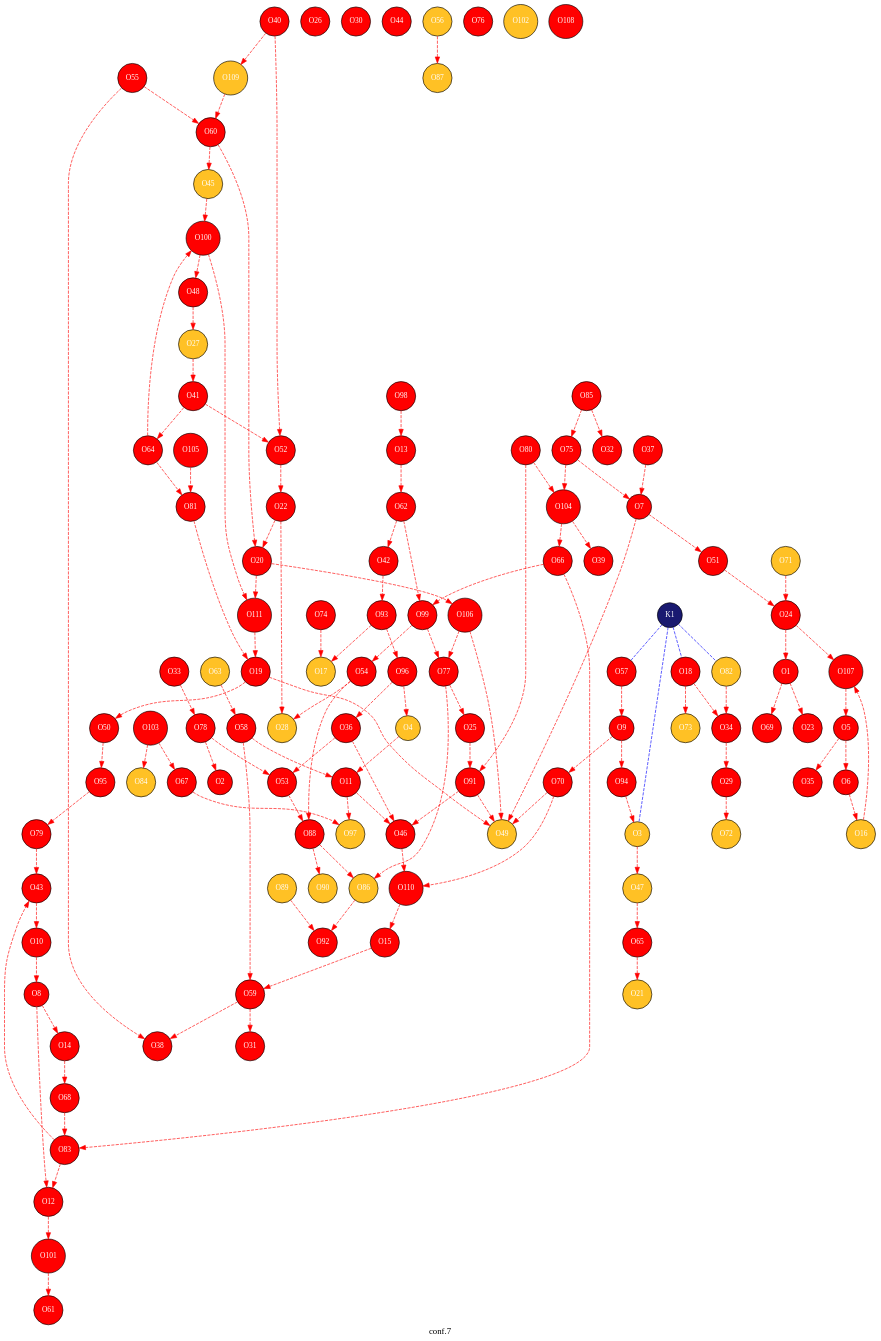
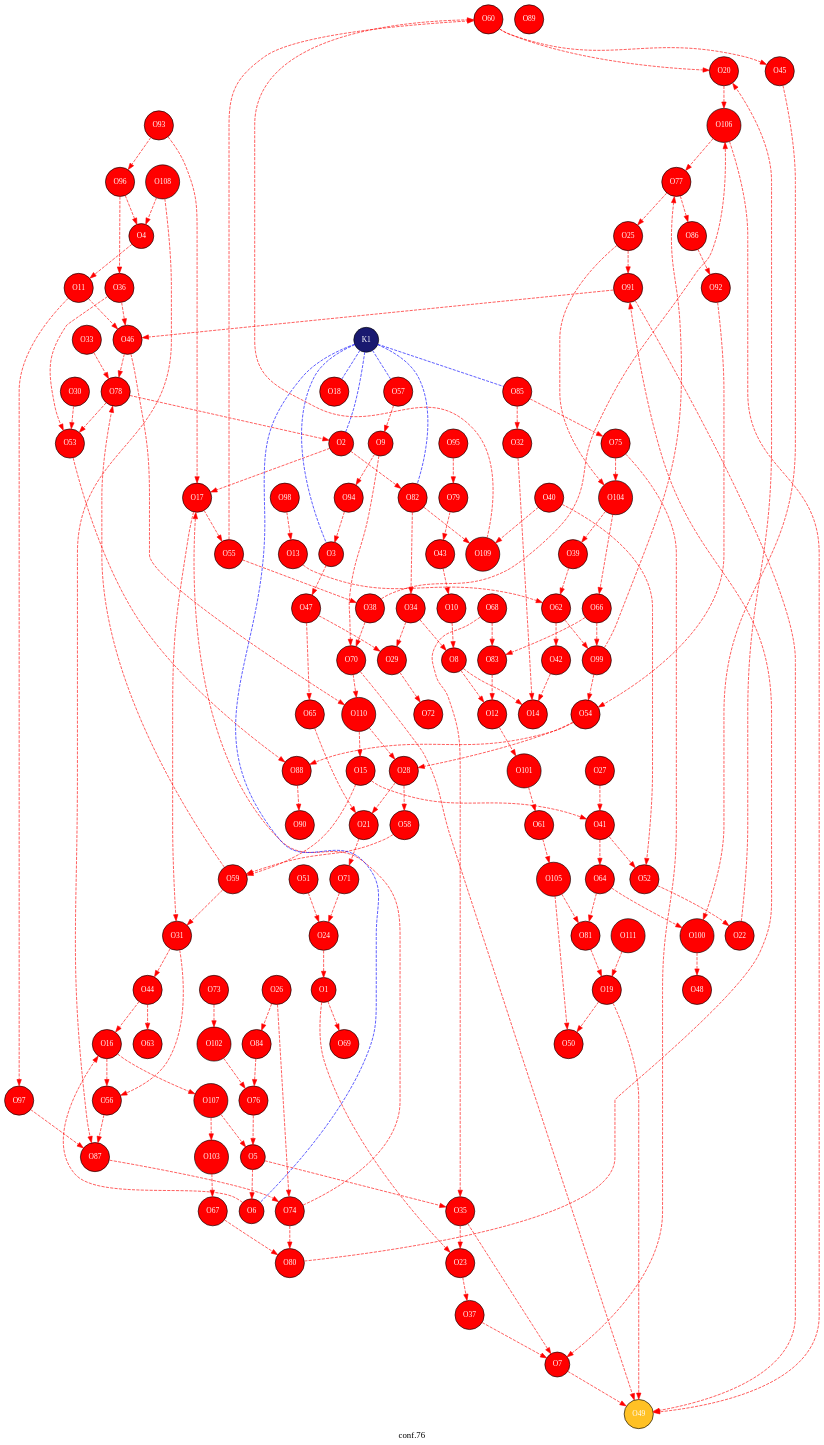
Before and after one commit to JelleLagerweij/short_test: the diagram in 4-GATeWAY/copy_0/traj/traj_conf.gv, drawn with Graphviz. The commit also changed 2309 other files, not shown here.

```diff
--- a/4-GATeWAY/copy_0/traj/traj_conf.gv
+++ b/4-GATeWAY/copy_0/traj/traj_conf.gv
@@ -1,12 +1,12 @@
 digraph G {
-label="conf.7 ";
+label="conf.76 ";
 node [style=filled];
 graph [bgcolor=transparent];
 node [shape = circle, fontsize=12];
 "O1"[fillcolor=red, fontcolor=white, fontname="Times", label="O1"];
 "O2"[fillcolor=red, fontcolor=white, fontname="Times", label="O2"];
-"O3"[fillcolor=goldenrod1, fontcolor=white, fontname="Times", label="O3"];
-"O4"[fillcolor=goldenrod1, fontcolor=white, fontname="Times", label="O4"];
+"O3"[fillcolor=red, fontcolor=white, fontname="Times", label="O3"];
+"O4"[fillcolor=red, fontcolor=white, fontname="Times", label="O4"];
 "O5"[fillcolor=red, fontcolor=white, fontname="Times", label="O5"];
 "O6"[fillcolor=red, fontcolor=white, fontname="Times", label="O6"];
 "O7"[fillcolor=red, fontcolor=white, fontname="Times", label="O7"];
@@ -18,19 +18,19 @@
 "O13"[fillcolor=red, fontcolor=white, fontname="Times", label="O13"];
 "O14"[fillcolor=red, fontcolor=white, fontname="Times", label="O14"];
 "O15"[fillcolor=red, fontcolor=white, fontname="Times", label="O15"];
-"O16"[fillcolor=goldenrod1, fontcolor=white, fontname="Times", label="O16"];
-"O17"[fillcolor=goldenrod1, fontcolor=white, fontname="Times", label="O17"];
+"O16"[fillcolor=red, fontcolor=white, fontname="Times", label="O16"];
+"O17"[fillcolor=red, fontcolor=white, fontname="Times", label="O17"];
 "O18"[fillcolor=red, fontcolor=white, fontname="Times", label="O18"];
 "O19"[fillcolor=red, fontcolor=white, fontname="Times", label="O19"];
 "O20"[fillcolor=red, fontcolor=white, fontname="Times", label="O20"];
-"O21"[fillcolor=goldenrod1, fontcolor=white, fontname="Times", label="O21"];
+"O21"[fillcolor=red, fontcolor=white, fontname="Times", label="O21"];
 "O22"[fillcolor=red, fontcolor=white, fontname="Times", label="O22"];
 "O23"[fillcolor=red, fontcolor=white, fontname="Times", label="O23"];
 "O24"[fillcolor=red, fontcolor=white, fontname="Times", label="O24"];
 "O25"[fillcolor=red, fontcolor=white, fontname="Times", label="O25"];
 "O26"[fillcolor=red, fontcolor=white, fontname="Times", label="O26"];
-"O27"[fillcolor=goldenrod1, fontcolor=white, fontname="Times", label="O27"];
-"O28"[fillcolor=goldenrod1, fontcolor=white, fontname="Times", label="O28"];
+"O27"[fillcolor=red, fontcolor=white, fontname="Times", label="O27"];
+"O28"[fillcolor=red, fontcolor=white, fontname="Times", label="O28"];
 "O29"[fillcolor=red, fontcolor=white, fontname="Times", label="O29"];
 "O30"[fillcolor=red, fontcolor=white, fontname="Times", label="O30"];
 "O31"[fillcolor=red, fontcolor=white, fontname="Times", label="O31"];
@@ -47,9 +47,9 @@
 "O42"[fillcolor=red, fontcolor=white, fontname="Times", label="O42"];
 "O43"[fillcolor=red, fontcolor=white, fontname="Times", label="O43"];
 "O44"[fillcolor=red, fontcolor=white, fontname="Times", label="O44"];
-"O45"[fillcolor=goldenrod1, fontcolor=white, fontname="Times", label="O45"];
+"O45"[fillcolor=red, fontcolor=white, fontname="Times", label="O45"];
 "O46"[fillcolor=red, fontcolor=white, fontname="Times", label="O46"];
-"O47"[fillcolor=goldenrod1, fontcolor=white, fontname="Times", label="O47"];
+"O47"[fillcolor=red, fontcolor=white, fontname="Times", label="O47"];
 "O48"[fillcolor=red, fontcolor=white, fontname="Times", label="O48"];
 "O49"[fillcolor=goldenrod1, fontcolor=white, fontname="Times", label="O49"];
 "O50"[fillcolor=red, fontcolor=white, fontname="Times", label="O50"];
@@ -58,14 +58,14 @@
 "O53"[fillcolor=red, fontcolor=white, fontname="Times", label="O53"];
 "O54"[fillcolor=red, fontcolor=white, fontname="Times", label="O54"];
 "O55"[fillcolor=red, fontcolor=white, fontname="Times", label="O55"];
-"O56"[fillcolor=goldenrod1, fontcolor=white, fontname="Times", label="O56"];
+"O56"[fillcolor=red, fontcolor=white, fontname="Times", label="O56"];
 "O57"[fillcolor=red, fontcolor=white, fontname="Times", label="O57"];
 "O58"[fillcolor=red, fontcolor=white, fontname="Times", label="O58"];
 "O59"[fillcolor=red, fontcolor=white, fontname="Times", label="O59"];
 "O60"[fillcolor=red, fontcolor=white, fontname="Times", label="O60"];
 "O61"[fillcolor=red, fontcolor=white, fontname="Times", label="O61"];
 "O62"[fillcolor=red, fontcolor=white, fontname="Times", label="O62"];
-"O63"[fillcolor=goldenrod1, fontcolor=white, fontname="Times", label="O63"];
+"O63"[fillcolor=red, fontcolor=white, fontname="Times", label="O63"];
 "O64"[fillcolor=red, fontcolor=white, fontname="Times", label="O64"];
 "O65"[fillcolor=red, fontcolor=white, fontname="Times", label="O65"];
 "O66"[fillcolor=red, fontcolor=white, fontname="Times", label="O66"];
@@ -73,9 +73,9 @@
 "O68"[fillcolor=red, fontcolor=white, fontname="Times", label="O68"];
 "O69"[fillcolor=red, fontcolor=white, fontname="Times", label="O69"];
 "O70"[fillcolor=red, fontcolor=white, fontname="Times", label="O70"];
-"O71"[fillcolor=goldenrod1, fontcolor=white, fontname="Times", label="O71"];
-"O72"[fillcolor=goldenrod1, fontcolor=white, fontname="Times", label="O72"];
-"O73"[fillcolor=goldenrod1, fontcolor=white, fontname="Times", label="O73"];
+"O71"[fillcolor=red, fontcolor=white, fontname="Times", label="O71"];
+"O72"[fillcolor=red, fontcolor=white, fontname="Times", label="O72"];
+"O73"[fillcolor=red, fontcolor=white, fontname="Times", label="O73"];
 "O74"[fillcolor=red, fontcolor=white, fontname="Times", label="O74"];
 "O75"[fillcolor=red, fontcolor=white, fontname="Times", label="O75"];
 "O76"[fillcolor=red, fontcolor=white, fontname="Times", label="O76"];
@@ -84,75 +84,83 @@
 "O79"[fillcolor=red, fontcolor=white, fontname="Times", label="O79"];
 "O80"[fillcolor=red, fontcolor=white, fontname="Times", label="O80"];
 "O81"[fillcolor=red, fontcolor=white, fontname="Times", label="O81"];
-"O82"[fillcolor=goldenrod1, fontcolor=white, fontname="Times", label="O82"];
+"O82"[fillcolor=red, fontcolor=white, fontname="Times", label="O82"];
 "O83"[fillcolor=red, fontcolor=white, fontname="Times", label="O83"];
-"O84"[fillcolor=goldenrod1, fontcolor=white, fontname="Times", label="O84"];
+"O84"[fillcolor=red, fontcolor=white, fontname="Times", label="O84"];
 "O85"[fillcolor=red, fontcolor=white, fontname="Times", label="O85"];
-"O86"[fillcolor=goldenrod1, fontcolor=white, fontname="Times", label="O86"];
-"O87"[fillcolor=goldenrod1, fontcolor=white, fontname="Times", label="O87"];
+"O86"[fillcolor=red, fontcolor=white, fontname="Times", label="O86"];
+"O87"[fillcolor=red, fontcolor=white, fontname="Times", label="O87"];
 "O88"[fillcolor=red, fontcolor=white, fontname="Times", label="O88"];
-"O89"[fillcolor=goldenrod1, fontcolor=white, fontname="Times", label="O89"];
-"O90"[fillcolor=goldenrod1, fontcolor=white, fontname="Times", label="O90"];
+"O89"[fillcolor=red, fontcolor=white, fontname="Times", label="O89"];
+"O90"[fillcolor=red, fontcolor=white, fontname="Times", label="O90"];
 "O91"[fillcolor=red, fontcolor=white, fontname="Times", label="O91"];
 "O92"[fillcolor=red, fontcolor=white, fontname="Times", label="O92"];
 "O93"[fillcolor=red, fontcolor=white, fontname="Times", label="O93"];
 "O94"[fillcolor=red, fontcolor=white, fontname="Times", label="O94"];
 "O95"[fillcolor=red, fontcolor=white, fontname="Times", label="O95"];
 "O96"[fillcolor=red, fontcolor=white, fontname="Times", label="O96"];
-"O97"[fillcolor=goldenrod1, fontcolor=white, fontname="Times", label="O97"];
+"O97"[fillcolor=red, fontcolor=white, fontname="Times", label="O97"];
 "O98"[fillcolor=red, fontcolor=white, fontname="Times", label="O98"];
 "O99"[fillcolor=red, fontcolor=white, fontname="Times", label="O99"];
 "O100"[fillcolor=red, fontcolor=white, fontname="Times", label="O100"];
 "O101"[fillcolor=red, fontcolor=white, fontname="Times", label="O101"];
-"O102"[fillcolor=goldenrod1, fontcolor=white, fontname="Times", label="O102"];
+"O102"[fillcolor=red, fontcolor=white, fontname="Times", label="O102"];
 "O103"[fillcolor=red, fontcolor=white, fontname="Times", label="O103"];
 "O104"[fillcolor=red, fontcolor=white, fontname="Times", label="O104"];
 "O105"[fillcolor=red, fontcolor=white, fontname="Times", label="O105"];
 "O106"[fillcolor=red, fontcolor=white, fontname="Times", label="O106"];
 "O107"[fillcolor=red, fontcolor=white, fontname="Times", label="O107"];
 "O108"[fillcolor=red, fontcolor=white, fontname="Times", label="O108"];
-"O109"[fillcolor=goldenrod1, fontcolor=white, fontname="Times", label="O109"];
+"O109"[fillcolor=red, fontcolor=white, fontname="Times", label="O109"];
 "O110"[fillcolor=red, fontcolor=white, fontname="Times", label="O110"];
 "O111"[fillcolor=red, fontcolor=white, fontname="Times", label="O111"];
 "K1"[fillcolor=midnightblue, fontcolor=white, fontname="Times", label="K1"];
 "O1"->"O23"[fontcolor=red, color=red , style=dashed];
 "O24"->"O1"[fontcolor=red, color=red , style=dashed];
 "O1"->"O69"[fontcolor=red, color=red , style=dashed];
+"O2"->"O17"[fontcolor=red, color=red , style=dashed];
 "O78"->"O2"[fontcolor=red, color=red , style=dashed];
+"O2"->"O82"[fontcolor=red, color=red , style=dashed];
 "O3"->"O47"[fontcolor=red, color=red , style=dashed];
 "O94"->"O3"[fontcolor=red, color=red , style=dashed];
 "O4"->"O11"[fontcolor=red, color=red , style=dashed];
 "O96"->"O4"[fontcolor=red, color=red , style=dashed];
+"O108"->"O4"[fontcolor=red, color=red , style=dashed];
 "O5"->"O6"[fontcolor=red, color=red , style=dashed];
 "O5"->"O35"[fontcolor=red, color=red , style=dashed];
+"O76"->"O5"[fontcolor=red, color=red , style=dashed];
 "O107"->"O5"[fontcolor=red, color=red , style=dashed];
 "O6"->"O16"[fontcolor=red, color=red , style=dashed];
+"O35"->"O7"[fontcolor=red, color=red , style=dashed];
 "O37"->"O7"[fontcolor=red, color=red , style=dashed];
 "O7"->"O49"[fontcolor=red, color=red , style=dashed];
-"O7"->"O51"[fontcolor=red, color=red , style=dashed];
 "O75"->"O7"[fontcolor=red, color=red , style=dashed];
 "O10"->"O8"[fontcolor=red, color=red , style=dashed];
 "O8"->"O12"[fontcolor=red, color=red , style=dashed];
 "O8"->"O14"[fontcolor=red, color=red , style=dashed];
+"O34"->"O8"[fontcolor=red, color=red , style=dashed];
 "O57"->"O9"[fontcolor=red, color=red , style=dashed];
 "O9"->"O70"[fontcolor=red, color=red , style=dashed];
 "O9"->"O94"[fontcolor=red, color=red , style=dashed];
 "O43"->"O10"[fontcolor=red, color=red , style=dashed];
 "O11"->"O46"[fontcolor=red, color=red , style=dashed];
-"O58"->"O11"[fontcolor=red, color=red , style=dashed];
 "O11"->"O97"[fontcolor=red, color=red , style=dashed];
 "O83"->"O12"[fontcolor=red, color=red , style=dashed];
 "O12"->"O101"[fontcolor=red, color=red , style=dashed];
 "O13"->"O62"[fontcolor=red, color=red , style=dashed];
 "O98"->"O13"[fontcolor=red, color=red , style=dashed];
-"O14"->"O68"[fontcolor=red, color=red , style=dashed];
+"O32"->"O14"[fontcolor=red, color=red , style=dashed];
+"O42"->"O14"[fontcolor=red, color=red , style=dashed];
+"O15"->"O41"[fontcolor=red, color=red , style=dashed];
 "O15"->"O59"[fontcolor=red, color=red , style=dashed];
 "O110"->"O15"[fontcolor=red, color=red , style=dashed];
+"O44"->"O16"[fontcolor=red, color=red , style=dashed];
+"O16"->"O56"[fontcolor=red, color=red , style=dashed];
 "O16"->"O107"[fontcolor=red, color=red , style=dashed];
+"O17"->"O31"[fontcolor=red, color=red , style=dashed];
+"O17"->"O55"[fontcolor=red, color=red , style=dashed];
 "O74"->"O17"[fontcolor=red, color=red , style=dashed];
 "O93"->"O17"[fontcolor=red, color=red , style=dashed];
-"O18"->"O34"[fontcolor=red, color=red , style=dashed];
-"O18"->"O73"[fontcolor=red, color=red , style=dashed];
 "O19"->"O49"[fontcolor=red, color=red , style=dashed];
 "O19"->"O50"[fontcolor=red, color=red , style=dashed];
 "O81"->"O19"[fontcolor=red, color=red , style=dashed];
@@ -160,40 +168,52 @@
 "O22"->"O20"[fontcolor=red, color=red , style=dashed];
 "O60"->"O20"[fontcolor=red, color=red , style=dashed];
 "O20"->"O106"[fontcolor=red, color=red , style=dashed];
-"O20"->"O111"[fontcolor=red, color=red , style=dashed];
+"O28"->"O21"[fontcolor=red, color=red , style=dashed];
 "O65"->"O21"[fontcolor=red, color=red , style=dashed];
-"O22"->"O28"[fontcolor=red, color=red , style=dashed];
+"O21"->"O71"[fontcolor=red, color=red , style=dashed];
 "O52"->"O22"[fontcolor=red, color=red , style=dashed];
+"O35"->"O23"[fontcolor=red, color=red , style=dashed];
+"O23"->"O37"[fontcolor=red, color=red , style=dashed];
 "O51"->"O24"[fontcolor=red, color=red , style=dashed];
 "O71"->"O24"[fontcolor=red, color=red , style=dashed];
-"O24"->"O107"[fontcolor=red, color=red , style=dashed];
 "O77"->"O25"[fontcolor=red, color=red , style=dashed];
 "O25"->"O91"[fontcolor=red, color=red , style=dashed];
+"O25"->"O104"[fontcolor=red, color=red , style=dashed];
+"O26"->"O74"[fontcolor=red, color=red , style=dashed];
+"O26"->"O84"[fontcolor=red, color=red , style=dashed];
 "O27"->"O41"[fontcolor=red, color=red , style=dashed];
-"O48"->"O27"[fontcolor=red, color=red , style=dashed];
 "O54"->"O28"[fontcolor=red, color=red , style=dashed];
+"O28"->"O58"[fontcolor=red, color=red , style=dashed];
+"O110"->"O28"[fontcolor=red, color=red , style=dashed];
 "O34"->"O29"[fontcolor=red, color=red , style=dashed];
+"O47"->"O29"[fontcolor=red, color=red , style=dashed];
 "O29"->"O72"[fontcolor=red, color=red , style=dashed];
+"O30"->"O53"[fontcolor=red, color=red , style=dashed];
+"O31"->"O44"[fontcolor=red, color=red , style=dashed];
+"O31"->"O56"[fontcolor=red, color=red , style=dashed];
 "O59"->"O31"[fontcolor=red, color=red , style=dashed];
 "O85"->"O32"[fontcolor=red, color=red , style=dashed];
 "O33"->"O78"[fontcolor=red, color=red , style=dashed];
 "O82"->"O34"[fontcolor=red, color=red , style=dashed];
+"O68"->"O35"[fontcolor=red, color=red , style=dashed];
 "O36"->"O46"[fontcolor=red, color=red , style=dashed];
 "O36"->"O53"[fontcolor=red, color=red , style=dashed];
 "O96"->"O36"[fontcolor=red, color=red , style=dashed];
 "O55"->"O38"[fontcolor=red, color=red , style=dashed];
-"O59"->"O38"[fontcolor=red, color=red , style=dashed];
+"O38"->"O70"[fontcolor=red, color=red , style=dashed];
+"O38"->"O106"[fontcolor=red, color=red , style=dashed];
+"O39"->"O62"[fontcolor=red, color=red , style=dashed];
 "O104"->"O39"[fontcolor=red, color=red , style=dashed];
 "O40"->"O52"[fontcolor=red, color=red , style=dashed];
 "O40"->"O109"[fontcolor=red, color=red , style=dashed];
 "O41"->"O52"[fontcolor=red, color=red , style=dashed];
 "O41"->"O64"[fontcolor=red, color=red , style=dashed];
 "O62"->"O42"[fontcolor=red, color=red , style=dashed];
-"O42"->"O93"[fontcolor=red, color=red , style=dashed];
 "O79"->"O43"[fontcolor=red, color=red , style=dashed];
-"O83"->"O43"[fontcolor=red, color=red , style=dashed];
+"O44"->"O63"[fontcolor=red, color=red , style=dashed];
 "O60"->"O45"[fontcolor=red, color=red , style=dashed];
 "O45"->"O100"[fontcolor=red, color=red , style=dashed];
+"O46"->"O78"[fontcolor=red, color=red , style=dashed];
 "O91"->"O46"[fontcolor=red, color=red , style=dashed];
 "O46"->"O110"[fontcolor=red, color=red , style=dashed];
 "O47"->"O65"[fontcolor=red, color=red , style=dashed];
@@ -201,45 +221,54 @@
 "O70"->"O49"[fontcolor=red, color=red , style=dashed];
 "O91"->"O49"[fontcolor=red, color=red , style=dashed];
 "O106"->"O49"[fontcolor=red, color=red , style=dashed];
-"O50"->"O95"[fontcolor=red, color=red , style=dashed];
+"O105"->"O50"[fontcolor=red, color=red , style=dashed];
 "O78"->"O53"[fontcolor=red, color=red , style=dashed];
 "O53"->"O88"[fontcolor=red, color=red , style=dashed];
 "O54"->"O88"[fontcolor=red, color=red , style=dashed];
+"O92"->"O54"[fontcolor=red, color=red , style=dashed];
 "O99"->"O54"[fontcolor=red, color=red , style=dashed];
 "O55"->"O60"[fontcolor=red, color=red , style=dashed];
 "O56"->"O87"[fontcolor=red, color=red , style=dashed];
 "O58"->"O59"[fontcolor=red, color=red , style=dashed];
-"O63"->"O58"[fontcolor=red, color=red , style=dashed];
+"O59"->"O78"[fontcolor=red, color=red , style=dashed];
 "O109"->"O60"[fontcolor=red, color=red , style=dashed];
 "O101"->"O61"[fontcolor=red, color=red , style=dashed];
+"O61"->"O105"[fontcolor=red, color=red , style=dashed];
 "O62"->"O99"[fontcolor=red, color=red , style=dashed];
 "O64"->"O81"[fontcolor=red, color=red , style=dashed];
 "O64"->"O100"[fontcolor=red, color=red , style=dashed];
 "O66"->"O83"[fontcolor=red, color=red , style=dashed];
 "O66"->"O99"[fontcolor=red, color=red , style=dashed];
 "O104"->"O66"[fontcolor=red, color=red , style=dashed];
-"O67"->"O97"[fontcolor=red, color=red , style=dashed];
+"O67"->"O80"[fontcolor=red, color=red , style=dashed];
 "O103"->"O67"[fontcolor=red, color=red , style=dashed];
 "O68"->"O83"[fontcolor=red, color=red , style=dashed];
 "O70"->"O110"[fontcolor=red, color=red , style=dashed];
+"O73"->"O102"[fontcolor=red, color=red , style=dashed];
+"O74"->"O80"[fontcolor=red, color=red , style=dashed];
+"O87"->"O74"[fontcolor=red, color=red , style=dashed];
 "O85"->"O75"[fontcolor=red, color=red , style=dashed];
 "O75"->"O104"[fontcolor=red, color=red , style=dashed];
+"O84"->"O76"[fontcolor=red, color=red , style=dashed];
+"O102"->"O76"[fontcolor=red, color=red , style=dashed];
 "O77"->"O86"[fontcolor=red, color=red , style=dashed];
 "O99"->"O77"[fontcolor=red, color=red , style=dashed];
 "O106"->"O77"[fontcolor=red, color=red , style=dashed];
 "O95"->"O79"[fontcolor=red, color=red , style=dashed];
 "O80"->"O91"[fontcolor=red, color=red , style=dashed];
-"O80"->"O104"[fontcolor=red, color=red , style=dashed];
 "O105"->"O81"[fontcolor=red, color=red , style=dashed];
-"O103"->"O84"[fontcolor=red, color=red , style=dashed];
-"O88"->"O86"[fontcolor=red, color=red , style=dashed];
+"O82"->"O109"[fontcolor=red, color=red , style=dashed];
 "O86"->"O92"[fontcolor=red, color=red , style=dashed];
+"O97"->"O87"[fontcolor=red, color=red , style=dashed];
+"O108"->"O87"[fontcolor=red, color=red , style=dashed];
 "O88"->"O90"[fontcolor=red, color=red , style=dashed];
-"O89"->"O92"[fontcolor=red, color=red , style=dashed];
 "O93"->"O96"[fontcolor=red, color=red , style=dashed];
-"O100"->"O111"[fontcolor=red, color=red , style=dashed];
+"O107"->"O103"[fontcolor=red, color=red , style=dashed];
+"K1"->"O2"[dir=none, color=blue, nodesep=0.5,style=dashed];
 "K1"->"O3"[dir=none, color=blue, nodesep=0.5,style=dashed];
+"K1"->"O6"[dir=none, color=blue, nodesep=0.5,style=dashed];
 "K1"->"O18"[dir=none, color=blue, nodesep=0.5,style=dashed];
 "K1"->"O57"[dir=none, color=blue, nodesep=0.5,style=dashed];
 "K1"->"O82"[dir=none, color=blue, nodesep=0.5,style=dashed];
+"K1"->"O85"[dir=none, color=blue, nodesep=0.5,style=dashed];
 }
```
